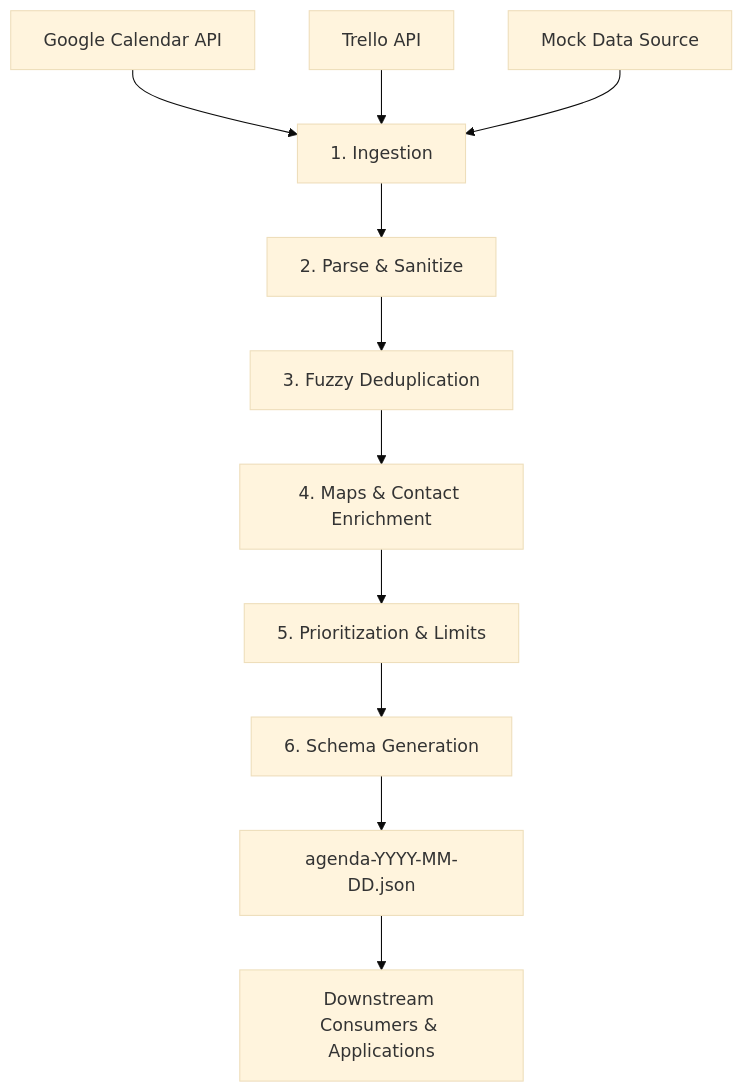
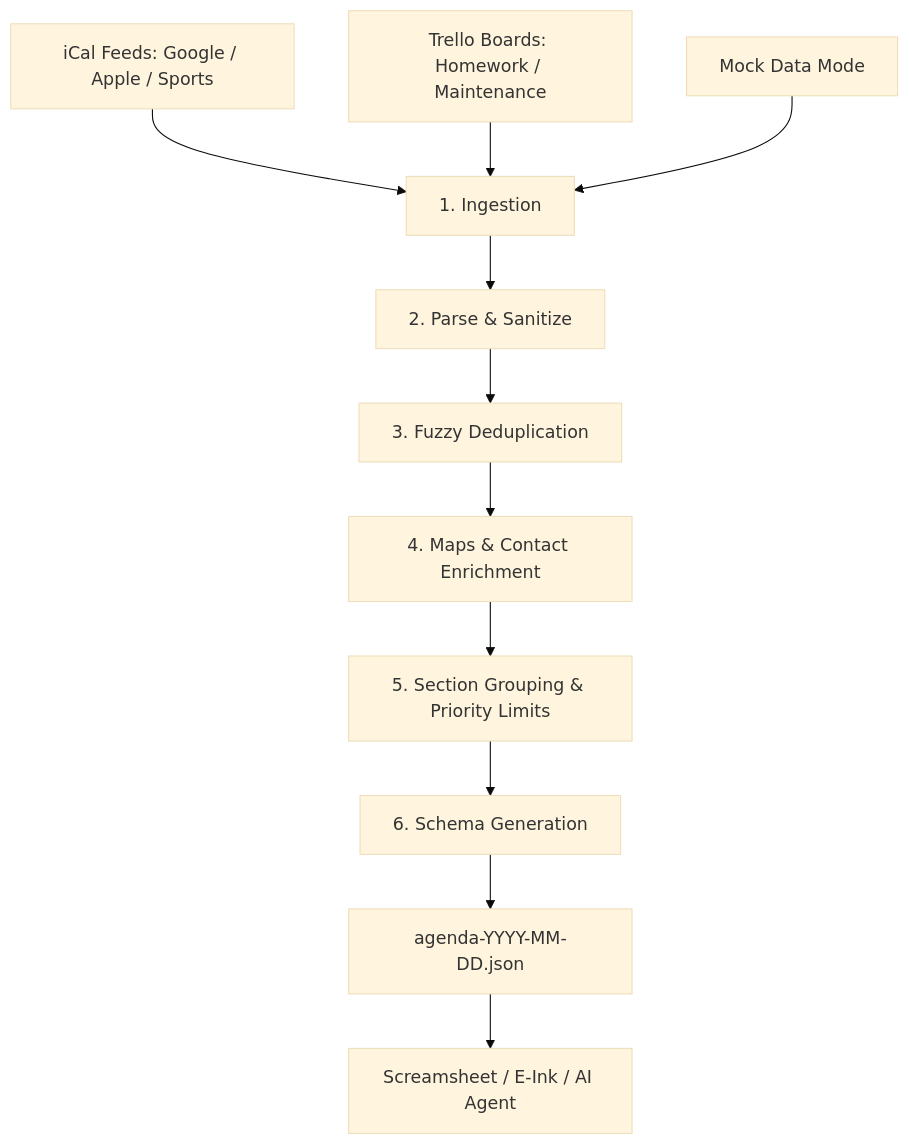
One commit to peterjmartinson/random-task changed the diagram in README.md. Above: the diagram before and after it, drawn with Mermaid (base theme). The commit also changed other lines of this file, not shown here.

````diff
--- a/README.md
+++ b/README.md
@@ -45,15 +282,15 @@
 ```mermaid
 graph TD
-    A[Google Calendar API] --> Ingest[1. Ingestion]
-    B[Trello API] --> Ingest
-    C[Mock Data Source] --> Ingest
+    A[iCal Feeds: Google / Apple / Sports] --> Ingest[1. Ingestion]
+    B[Trello Boards: Homework / Maintenance] --> Ingest
+    C[Mock Data Mode] --> Ingest
     
     Ingest --> Parse[2. Parse & Sanitize]
     Parse --> Dedupe[3. Fuzzy Deduplication]
     Dedupe --> Enrich[4. Maps & Contact Enrichment]
-    Enrich --> Prioritize[5. Prioritization & Limits]
+    Enrich --> Prioritize[5. Section Grouping & Priority Limits]
     Prioritize --> Format[6. Schema Generation]
     
     Format --> Output[agenda-YYYY-MM-DD.json]
-    Output --> Downstream[Downstream Consumers & Applications]
+    Output --> Downstream[Screamsheet / E-Ink / AI Agent]
 ```
````
